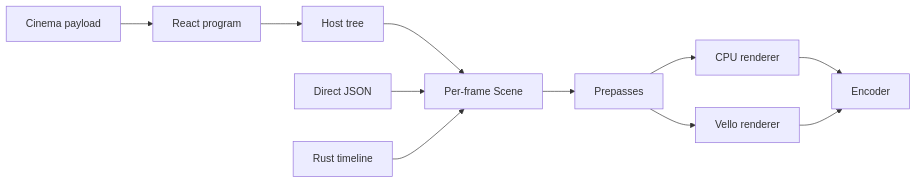
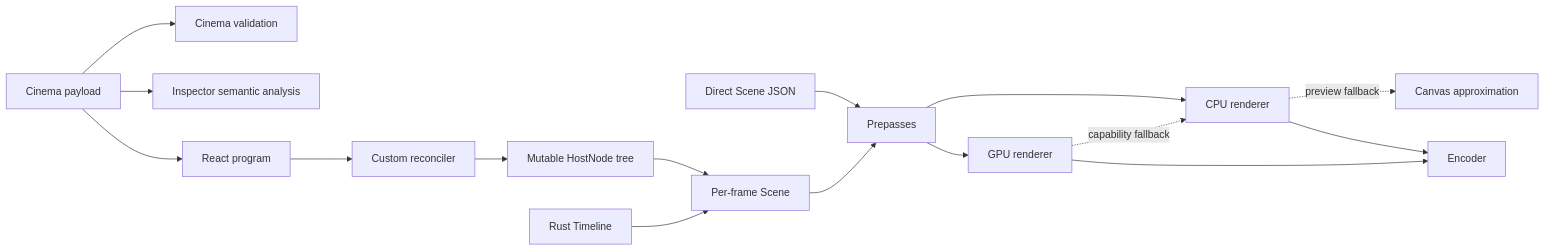
The diagram in docs/research/onda/r0.02/ARCHITECTURE_OVERVIEW.md (Kkb113/CineKernel), drawn with Mermaid before and after one commit. The commit also changed other lines of this file and 66 other files, not shown here.

````diff
--- a/docs/research/onda/r0.02/ARCHITECTURE_OVERVIEW.md
+++ b/docs/research/onda/r0.02/ARCHITECTURE_OVERVIEW.md
@@ -5,13 +5,18 @@
 ```mermaid
 flowchart LR
-  C[Cinema payload] --> R[React program]
-  R --> H[Host tree]
+  C[Cinema payload] --> V[Cinema validation]
+  C --> I[Inspector semantic analysis]
+  C --> R[React program]
+  R --> X[Custom reconciler]
+  X --> H[Mutable HostNode tree]
   H --> S[Per-frame Scene]
-  J[Direct JSON] --> S
-  T[Rust timeline] --> S
-  S --> P[Prepasses]
+  J[Direct Scene JSON] --> P[Prepasses]
+  T[Rust Timeline] --> S
+  S --> P
   P --> CPU[CPU renderer]
-  P --> GPU[Vello renderer]
+  P --> GPU[GPU renderer]
+  GPU -. capability fallback .-> CPU
+  CPU -. preview fallback .-> Canvas[Canvas approximation]
   CPU --> E[Encoder]
   GPU --> E
 ```
````
